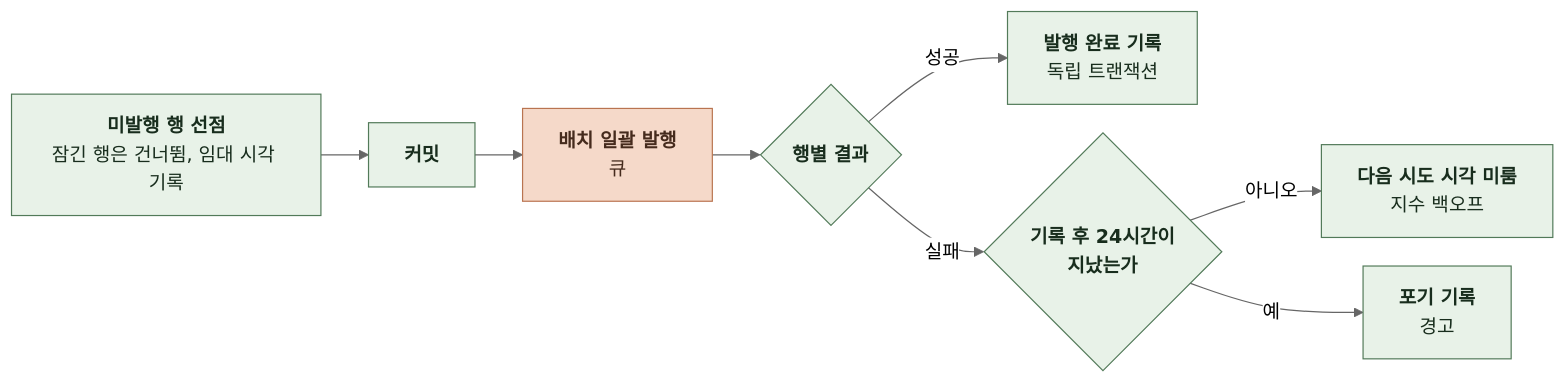
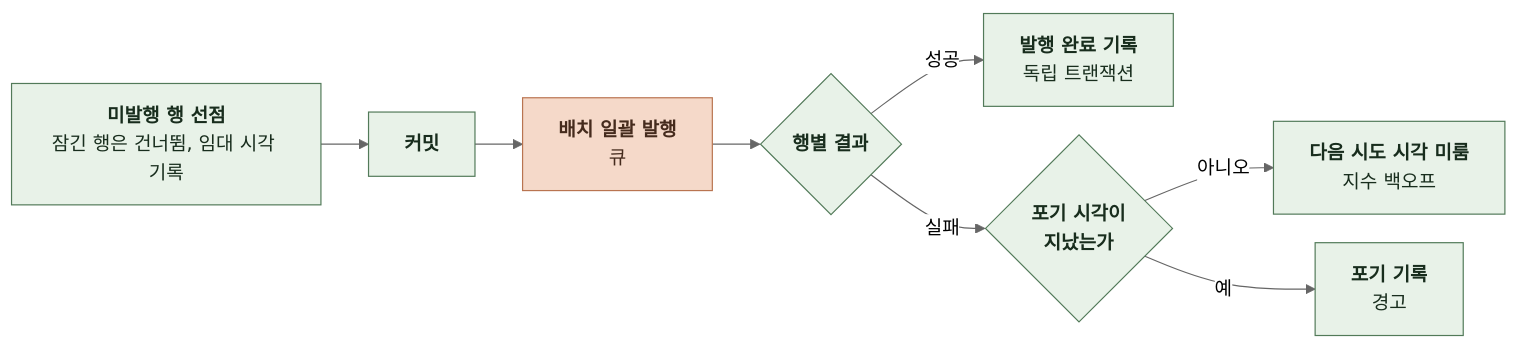
Before and after one commit to KIM-N-KANG/knk-harness: the tenth of 13 diagrams in docs/domain/NOTIFICATION/BACKEND/4-1-PIPELINES.md, drawn with Mermaid (neutral theme). The commit also changed other lines of this file and 14 other files, not shown here.

````diff
--- a/docs/domain/NOTIFICATION/BACKEND/4-1-PIPELINES.md
+++ b/docs/domain/NOTIFICATION/BACKEND/4-1-PIPELINES.md
@@ -268,21 +282,21 @@
 ```mermaid
 %%{init: {"flowchart": {"curve": "basis", "nodeSpacing": 24, "rankSpacing": 40}}}%%
 flowchart LR
     A["`**미발행 행 선점**
 잠긴 행은 건너뜀, 임대 시각 기록`"] --> B["`**커밋**`"]
     B --> C["`**배치 일괄 발행**
 큐`"]
     C --> D{"`**행별 결과**`"}
     D -->|성공| E["`**발행 완료 기록**
 독립 트랜잭션`"]
-    D -->|실패| F{"`**기록 후 24시간이
+    D -->|실패| F{"`**포기 시각이
 지났는가**`"}
     F -->|아니오| G["`**다음 시도 시각 미룸**
 지수 백오프`"]
     F -->|예| H["`**포기 기록**
 경고`"]
     classDef comp fill:#E8F2E8,stroke:#527A59,color:#182D1D
     classDef task fill:#F5D9C9,stroke:#B97450,color:#452B1D
     class A,B,D,E,F,G,H comp
     class C task
 ```
````
